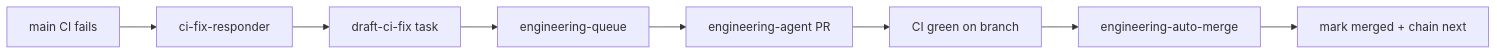
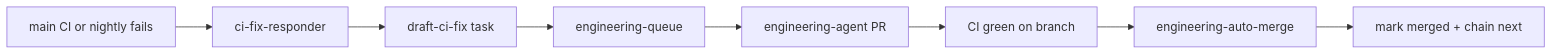
One commit to jamiefuller320/value_investor changed the diagram in docs/ops/ci-fix-automation.md. Above: the diagram before and after it, drawn with Mermaid. The commit also changed other lines of this file and 8 other files, not shown here.

First line of the commit message:
feat(ci): daily full pytest on main + extend ci-fix responder

````diff
--- a/docs/ops/ci-fix-automation.md
+++ b/docs/ops/ci-fix-automation.md
@@ -9,10 +9,10 @@
 ```mermaid
 flowchart LR
-  A[main CI fails] --> B[ci-fix-responder]
+  A[main CI or nightly fails] --> B[ci-fix-responder]
   B --> C[draft-ci-fix task]
   C --> D[engineering-queue]
   D --> E[engineering-agent PR]
   E --> F[CI green on branch]
   F --> G[engineering-auto-merge]
   G --> H[mark merged + chain next]
 ```
````
